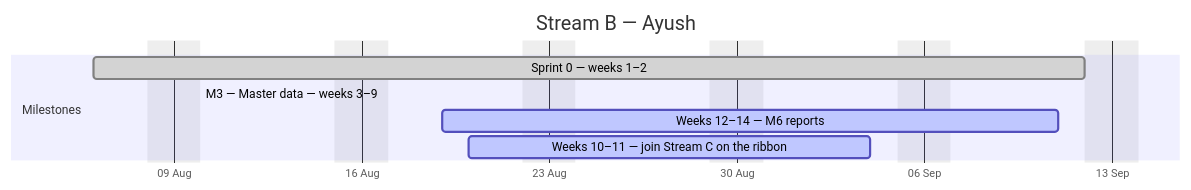
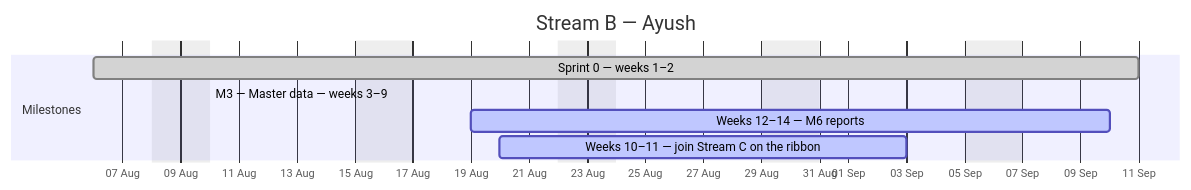
The second of 4 diagrams in docs/plan/GANTT.md (debashisedunext/EduTrack), drawn with Mermaid before and after one commit. The commit also changed other lines of this file and 3 other files, not shown here.

````diff
--- a/docs/plan/GANTT.md
+++ b/docs/plan/GANTT.md
@@ -102,12 +102,12 @@
 ```mermaid
 gantt
     dateFormat YYYY-MM-DD
     axisFormat %d %b
     title Stream B — Ayush
     excludes weekends
     section Milestones
-    Sprint 0 — weeks 1–2 :done, b0, 2026-08-06, 27d
-    M3 — Master data — weeks 3–9 :active, b1, 2026-08-10, -9d
-    Weeks 12–14 — M6 reports :active, b2, 2026-08-19, 17d
-    Weeks 10–11 — join Stream C on the ribbon :active, b3, 2026-08-20, 11d
+    Sprint 0 — weeks 1–2 :done, b0, 2026-08-06, 26d
+    M3 — Master data — weeks 3–9 :active, b1, 2026-08-10, -10d
+    Weeks 12–14 — M6 reports :active, b2, 2026-08-19, 16d
+    Weeks 10–11 — join Stream C on the ribbon :active, b3, 2026-08-20, 10d
 ```
````
